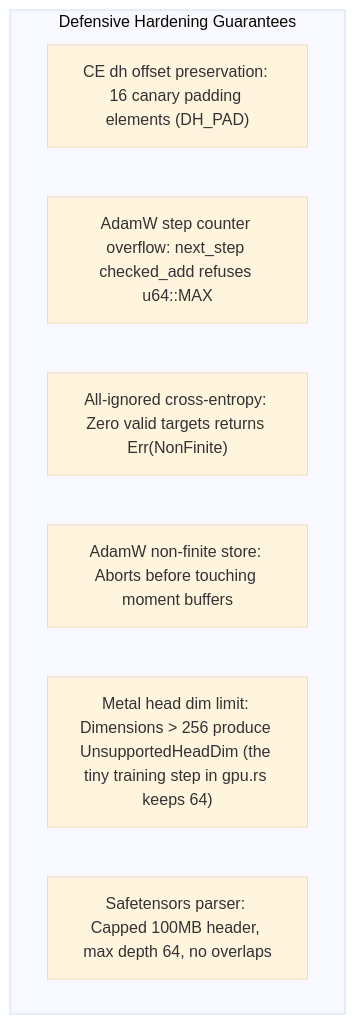
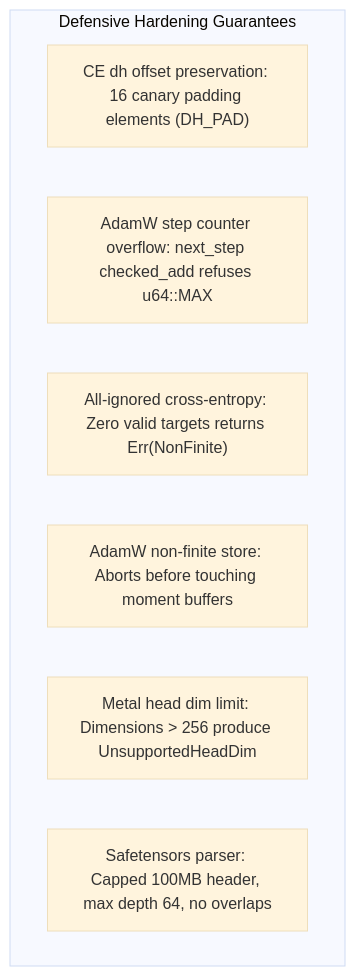
The second of 2 diagrams in docs/status.md (bharathvbcr/ojas), drawn with Mermaid (base theme) before and after one commit. The commit also changed 13 other files, not shown here.

First line of the commit message:
refactor(metal): retire the legacy tiny Metal training step

````diff
--- a/docs/status.md
+++ b/docs/status.md
@@ -148,11 +148,11 @@
 ```mermaid
 flowchart TD
     subgraph InvariantChecks["Defensive Hardening Guarantees"]
         C1["CE dh offset preservation: 16 canary padding elements (DH_PAD)"]
         C2["AdamW step counter overflow: next_step checked_add refuses u64::MAX"]
         C3["All-ignored cross-entropy: Zero valid targets returns Err(NonFinite)"]
         C4["AdamW non-finite store: Aborts before touching moment buffers"]
-        C5["Metal head dim limit: Dimensions > 256 produce UnsupportedHeadDim (the tiny training step in gpu.rs keeps 64)"]
+        C5["Metal head dim limit: Dimensions > 256 produce UnsupportedHeadDim"]
         C6["Safetensors parser: Capped 100MB header, max depth 64, no overlaps"]
     end
 ```
````
